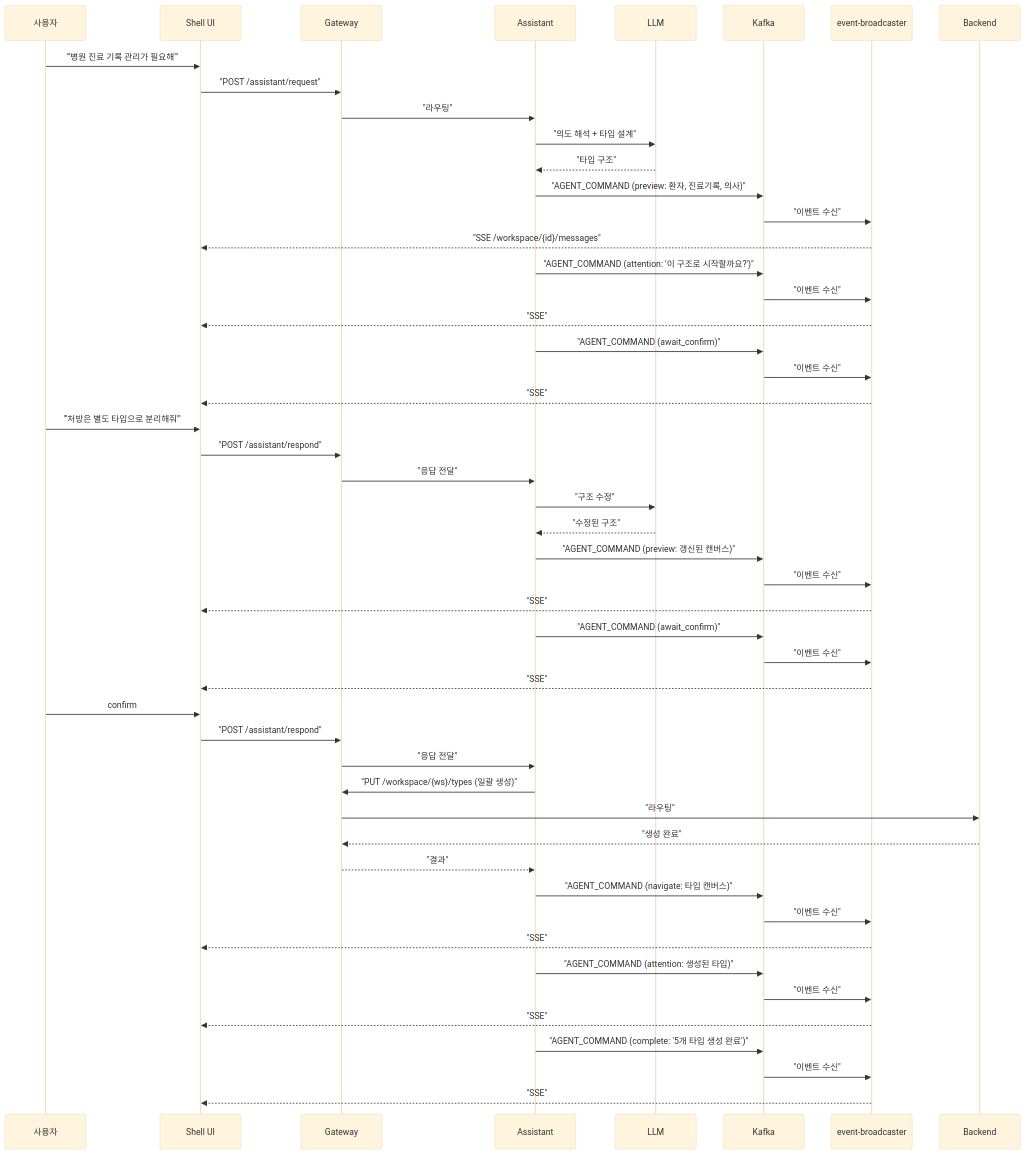
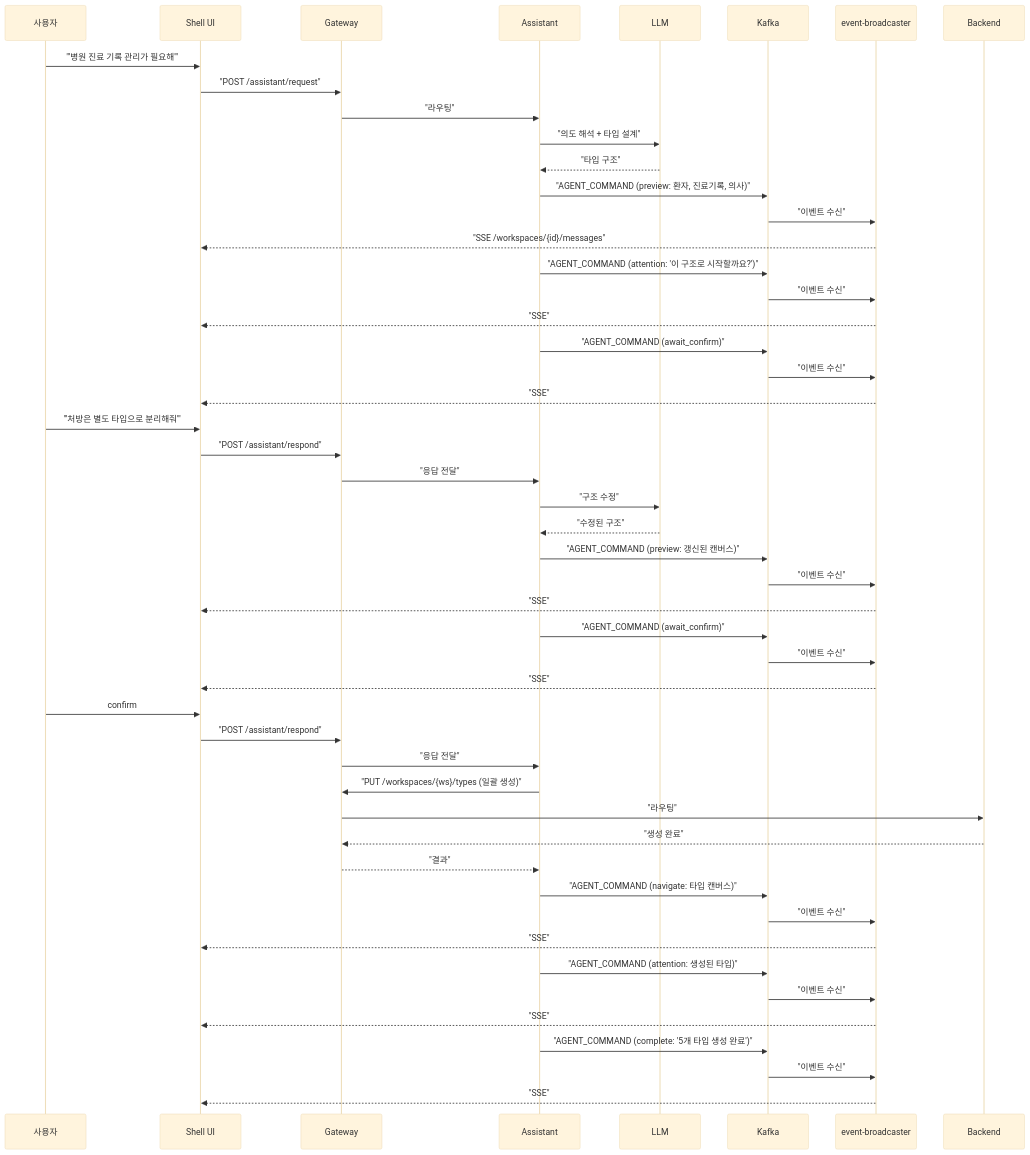
Diagram 20 of 28 in docs/usecases.md (sayaya1090/handbook), drawn with Mermaid (base theme) before and after one commit. The commit also changed other lines of this file and 58 other files, not shown here.

````diff
--- a/docs/usecases.md
+++ b/docs/usecases.md
@@ -1402,53 +1402,53 @@
 ```mermaid
 sequenceDiagram
     participant U as 사용자
     participant F as Shell UI
     participant GW as Gateway
     participant A as Assistant
     participant L as LLM
     participant K as Kafka
     participant EB as event-broadcaster
     participant S as Backend
 
     U->>F: "'병원 진료 기록 관리가 필요해'"
     F->>GW: "POST /assistant/request"
     GW->>A: "라우팅"
     A->>L: "의도 해석 + 타입 설계"
     L-->>A: "타입 구조"
     A->>K: "AGENT_COMMAND (preview: 환자, 진료기록, 의사)"
     K->>EB: "이벤트 수신"
-    EB-->>F: "SSE /workspace/{id}/messages"
+    EB-->>F: "SSE /workspaces/{id}/messages"
     A->>K: "AGENT_COMMAND (attention: '이 구조로 시작할까요?')"
     K->>EB: "이벤트 수신"
     EB-->>F: "SSE"
     A->>K: "AGENT_COMMAND (await_confirm)"
     K->>EB: "이벤트 수신"
     EB-->>F: "SSE"
     U->>F: "'처방은 별도 타입으로 분리해줘'"
     F->>GW: "POST /assistant/respond"
     GW->>A: "응답 전달"
     A->>L: "구조 수정"
     L-->>A: "수정된 구조"
     A->>K: "AGENT_COMMAND (preview: 갱신된 캔버스)"
     K->>EB: "이벤트 수신"
     EB-->>F: "SSE"
     A->>K: "AGENT_COMMAND (await_confirm)"
     K->>EB: "이벤트 수신"
     EB-->>F: "SSE"
     U->>F: confirm
     F->>GW: "POST /assistant/respond"
     GW->>A: "응답 전달"
-    A->>GW: "PUT /workspace/{ws}/types (일괄 생성)"
+    A->>GW: "PUT /workspaces/{ws}/types (일괄 생성)"
     GW->>S: "라우팅"
     S-->>GW: "생성 완료"
     GW-->>A: "결과"
     A->>K: "AGENT_COMMAND (navigate: 타입 캔버스)"
     K->>EB: "이벤트 수신"
     EB-->>F: "SSE"
     A->>K: "AGENT_COMMAND (attention: 생성된 타입)"
     K->>EB: "이벤트 수신"
     EB-->>F: "SSE"
     A->>K: "AGENT_COMMAND (complete: '5개 타입 생성 완료')"
     K->>EB: "이벤트 수신"
     EB-->>F: "SSE"
 ```
````
